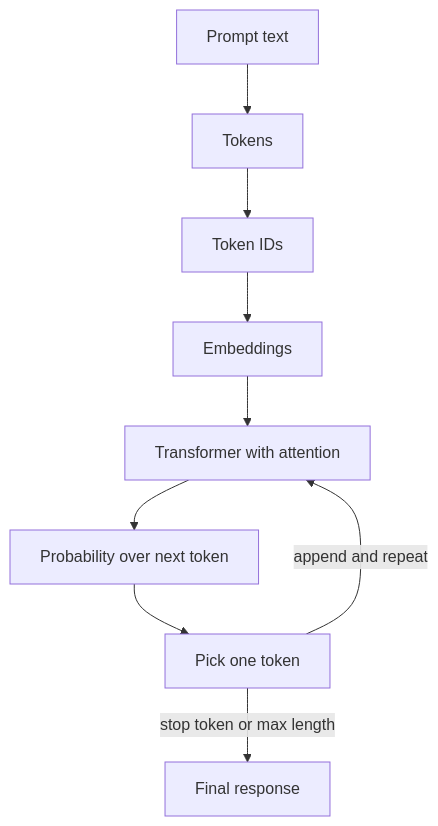
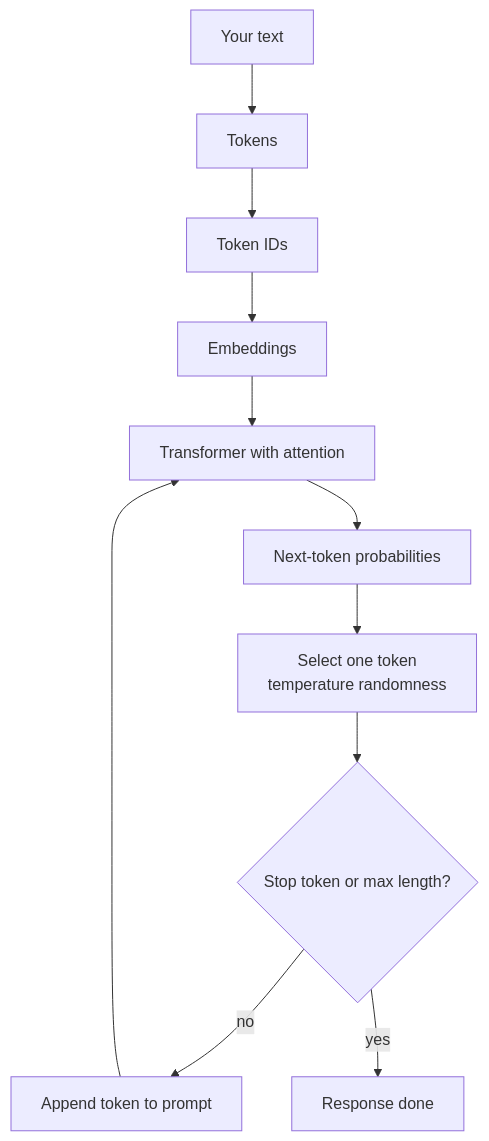
Before and after one commit to kaisarnajar/outcome-school-blogs: the diagram in notes/step-03-generative-ai-and-the-transformer-architecture/046-inside-chatgpt-what-happens-after.md, drawn with Mermaid. The commit also changed other lines of this file and 233 other files, not shown here.

````diff
--- a/notes/step-03-generative-ai-and-the-transformer-architecture/046-inside-chatgpt-what-happens-after.md
+++ b/notes/step-03-generative-ai-and-the-transformer-architecture/046-inside-chatgpt-what-happens-after.md
@@ -26,11 +27,11 @@
 ```mermaid
 flowchart TD
-    A["Prompt text"] --> B["Tokens"]
-    B --> C["Token IDs"]
-    C --> D["Embeddings"]
+    A["Your text"] --> B["Tokens"] --> C["Token IDs"] --> D["Embeddings"]
     D --> E["Transformer with attention"]
-    E --> F["Probability over next token"]
-    F --> G["Pick one token"]
-    G -->|"append and repeat"| E
-    G -->|"stop token or max length"| H["Final response"]
+    E --> F["Next-token probabilities"]
+    F --> G["Select one token<br/>temperature randomness"]
+    G --> H{"Stop token or max length?"}
+    H -->|"no"| A2["Append token to prompt"]
+    A2 --> E
+    H -->|"yes"| I["Response done"]
 ```
````
